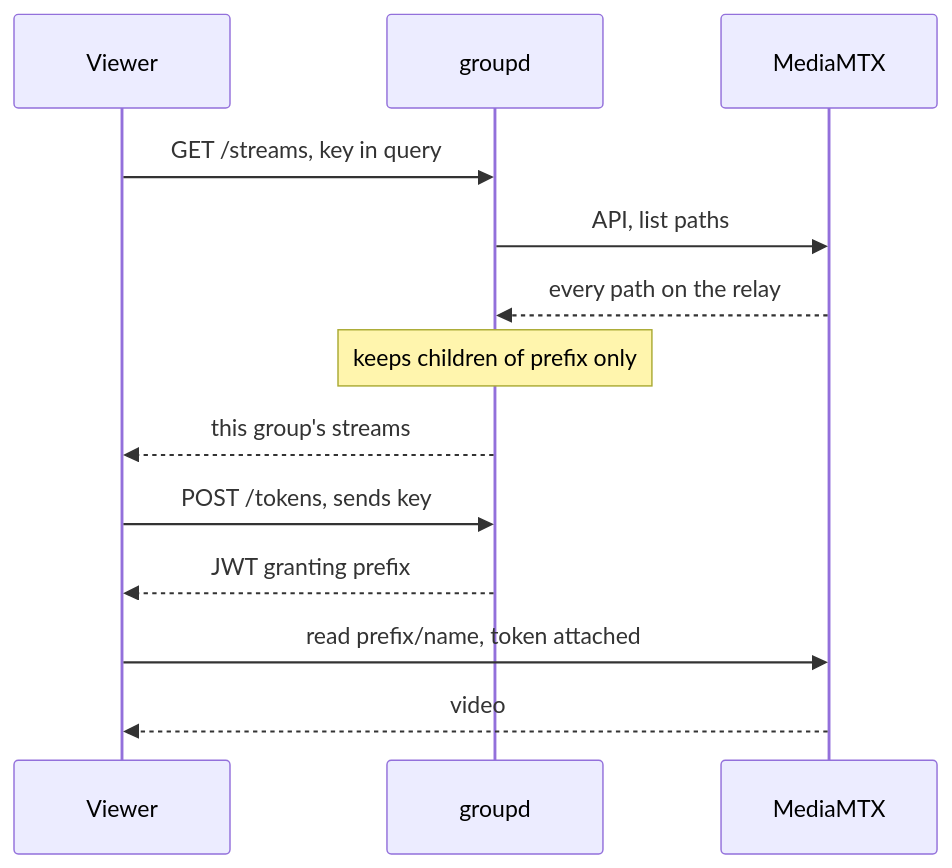
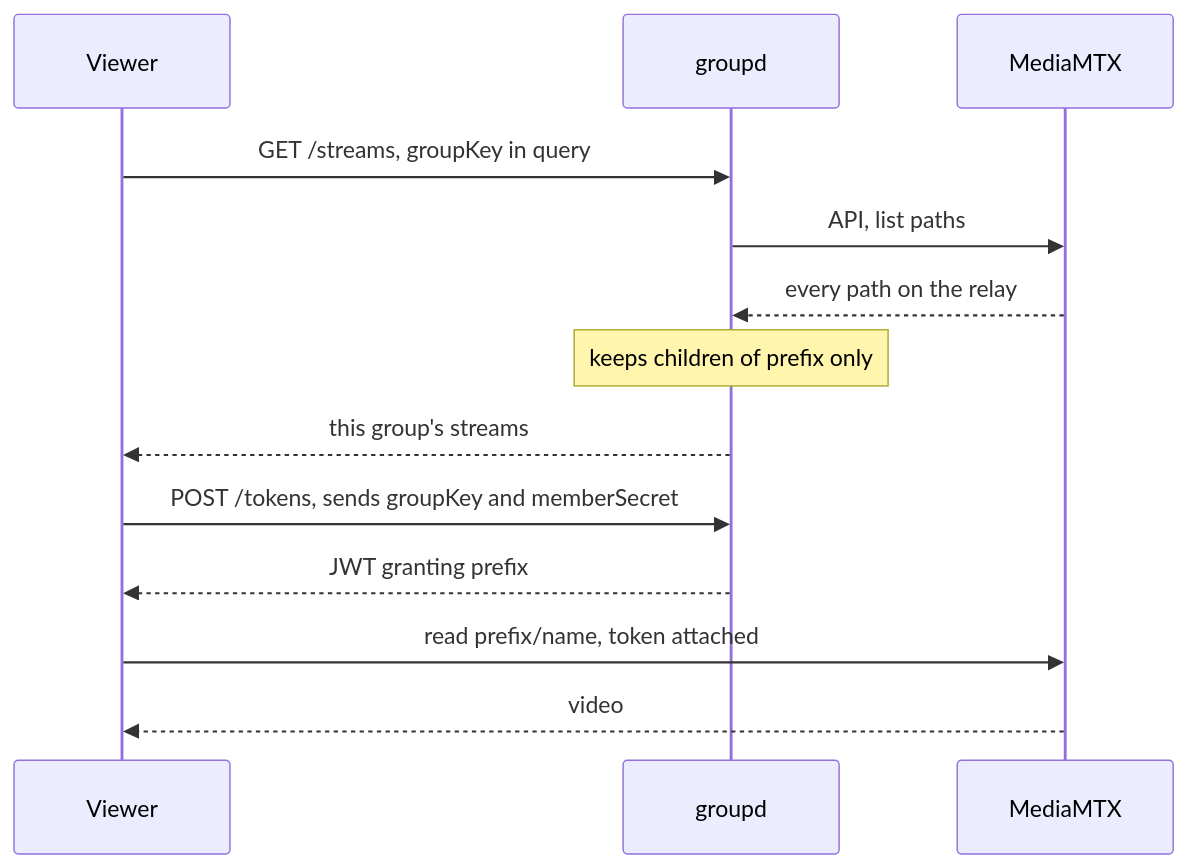
The second of 3 diagrams in docs/auth-flow.md (bjoern621/screen-sharing), drawn with Mermaid before and after one commit. The commit also changed other lines of this file and 171 other files, not shown here.

````diff
--- a/docs/auth-flow.md
+++ b/docs/auth-flow.md
@@ -35,17 +35,17 @@
 ```mermaid
 sequenceDiagram
     participant V as Viewer
     participant G as groupd
     participant M as MediaMTX
 
-    V->>G: GET /streams, key in query
+    V->>G: GET /streams, groupKey in query
     G->>M: API, list paths
     M-->>G: every path on the relay
     Note over G: keeps children of prefix only
     G-->>V: this group's streams
 
-    V->>G: POST /tokens, sends key
+    V->>G: POST /tokens, sends groupKey and memberSecret
     G-->>V: JWT granting prefix
     V->>M: read prefix/name, token attached
     M-->>V: video
 ```
````
